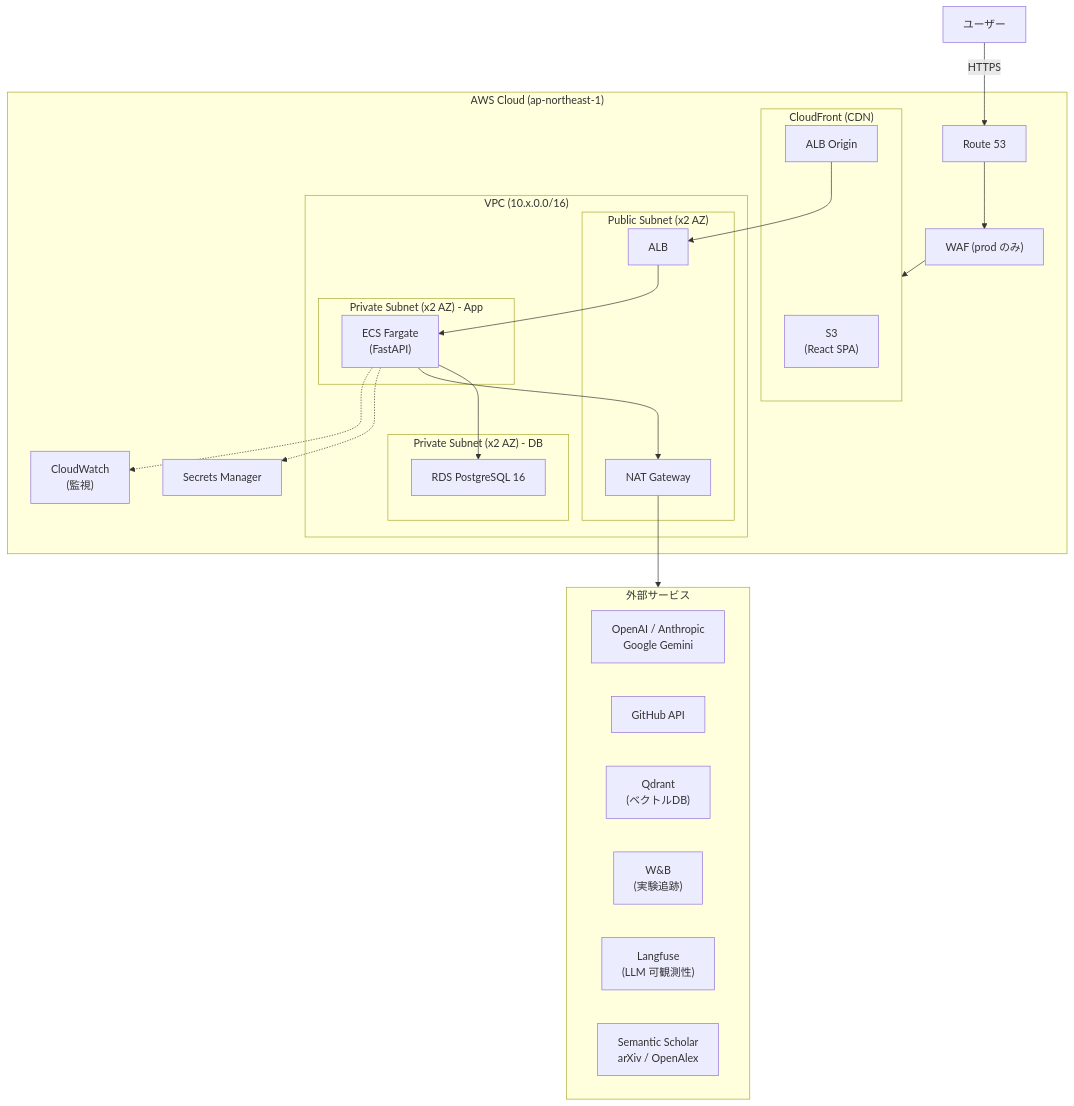
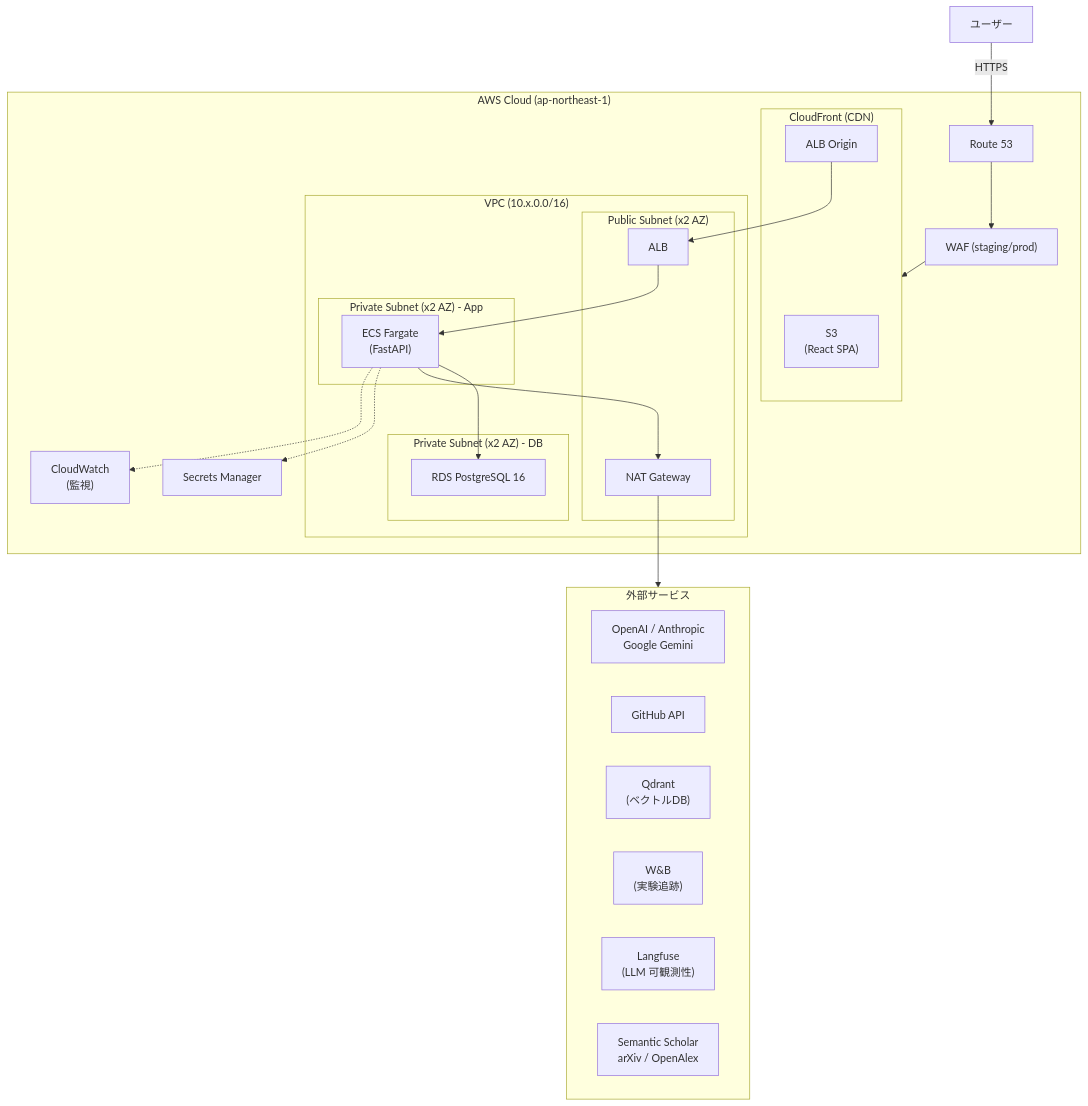
The first of 2 diagrams in docs/architecture.md (NexaScience/airas-infra), drawn with Mermaid before and after one commit. The commit also changed other lines of this file and 11 other files, not shown here.

````diff
--- a/docs/architecture.md
+++ b/docs/architecture.md
@@ -5,50 +5,50 @@
 ```mermaid
 graph TB
     User["ユーザー"]
 
     subgraph AWS["AWS Cloud (ap-northeast-1)"]
         Route53["Route 53"]
-        WAF["WAF (prod のみ)"]
+        WAF["WAF (staging/prod)"]
 
         subgraph CF["CloudFront (CDN)"]
             S3["S3\n(React SPA)"]
             ALBOrigin["ALB Origin"]
         end
 
         subgraph VPC["VPC (10.x.0.0/16)"]
             subgraph Public["Public Subnet (x2 AZ)"]
                 ALB["ALB"]
                 NAT["NAT Gateway"]
             end
             subgraph PrivateApp["Private Subnet (x2 AZ) - App"]
                 ECS["ECS Fargate\n(FastAPI)"]
             end
             subgraph PrivateDB["Private Subnet (x2 AZ) - DB"]
                 RDS["RDS PostgreSQL 16"]
             end
         end
 
         SecretsManager["Secrets Manager"]
         CloudWatch["CloudWatch\n(監視)"]
     end
 
     subgraph External["外部サービス"]
         LLM["OpenAI / Anthropic\nGoogle Gemini"]
         GitHub["GitHub API"]
         Qdrant["Qdrant\n(ベクトルDB)"]
         WandB["W&B\n(実験追跡)"]
         Langfuse["Langfuse\n(LLM 可観測性)"]
         Academic["Semantic Scholar\narXiv / OpenAlex"]
     end
 
     User -->|HTTPS| Route53
     Route53 --> WAF
     WAF --> CF
     ALBOrigin --> ALB
     ALB --> ECS
     ECS --> RDS
     ECS --> NAT
     NAT --> External
     ECS -.-> SecretsManager
     ECS -.-> CloudWatch
 ```
````
